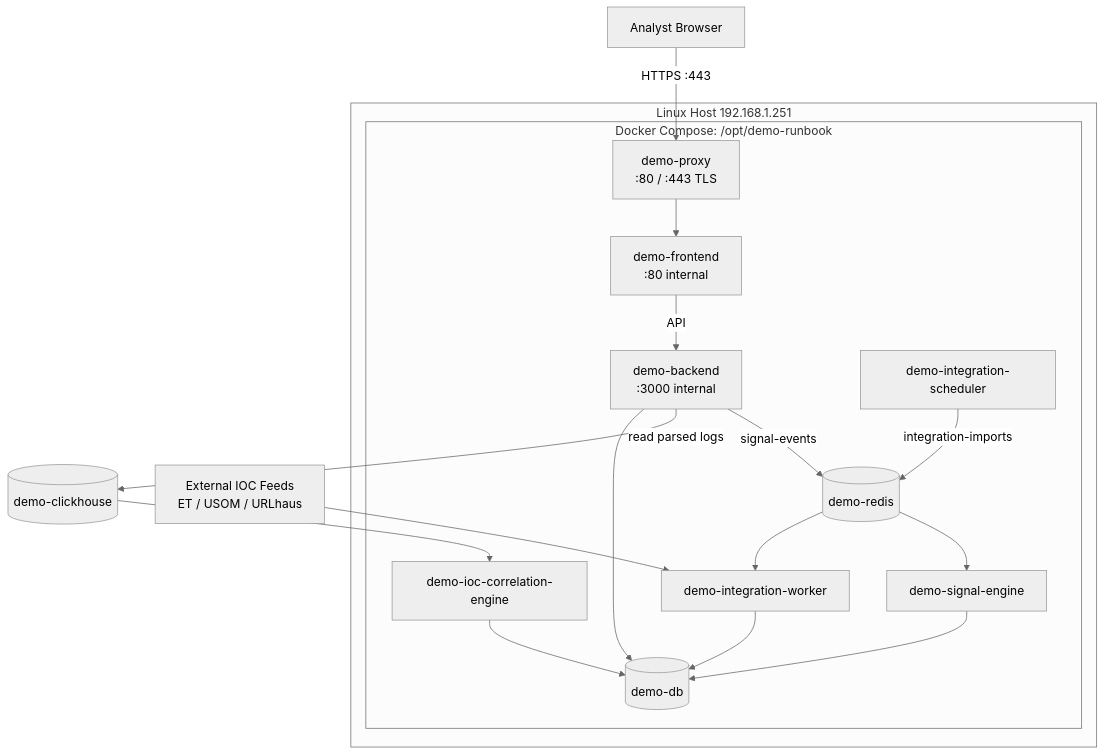
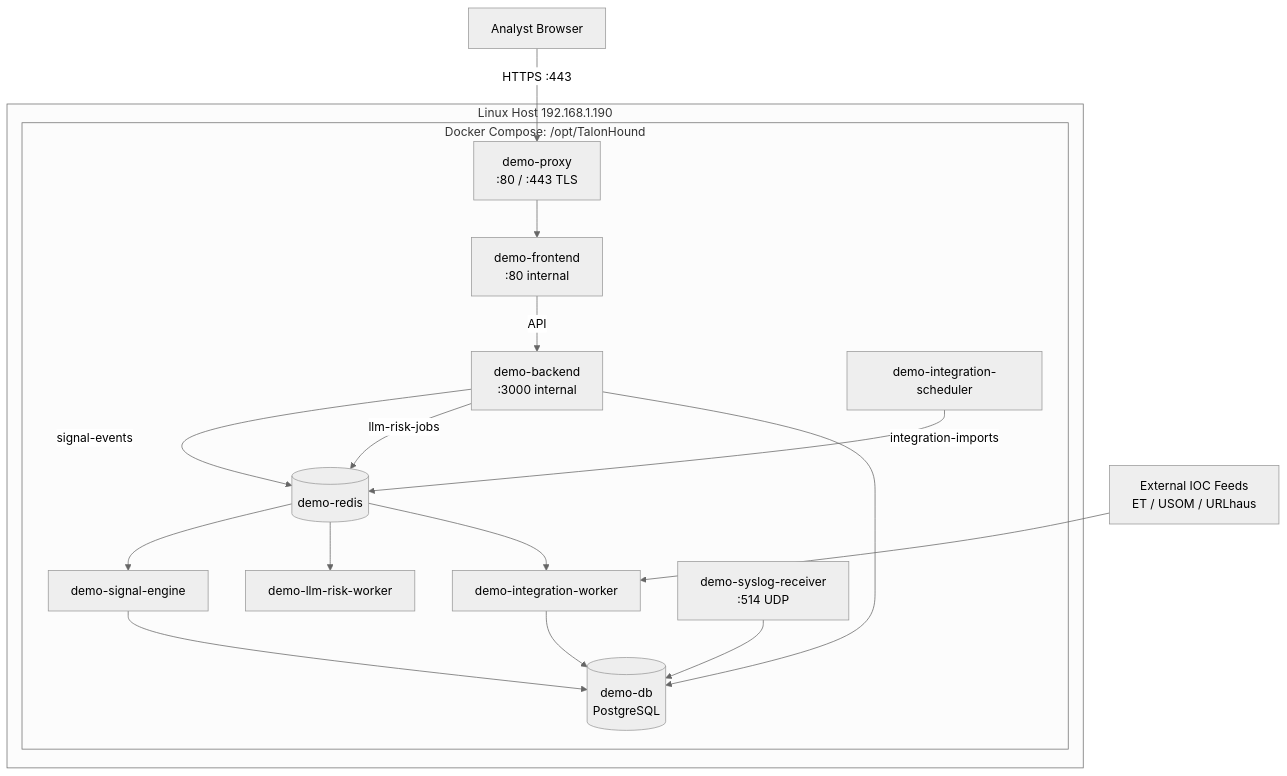
The second of 2 diagrams in docs/system-diagram.md (spatronn/TalonHound), drawn with Mermaid (neutral theme) before and after one commit. The commit also changed other lines of this file and 5 other files, not shown here.

````diff
--- a/docs/system-diagram.md
+++ b/docs/system-diagram.md
@@ -34,36 +32,37 @@
 ```mermaid
 flowchart TB
     IOC[External IOC Feeds\nET / USOM / URLhaus]
 
-    subgraph HOST[Linux Host 192.168.1.251]
-      subgraph COMPOSE[Docker Compose: /opt/demo-runbook]
+    subgraph HOST[Linux Host 192.168.1.190]
+      subgraph COMPOSE[Docker Compose: /opt/TalonHound]
         RP[demo-proxy\n:80 / :443 TLS]
         FE[demo-frontend\n:80 internal]
         BE[demo-backend\n:3000 internal]
         R[(demo-redis)]
-        DB[(demo-db)]
+        DB[(demo-db\nPostgreSQL)]
         SE[demo-signal-engine]
-        ICE[demo-ioc-correlation-engine]
         IS[demo-integration-scheduler]
         IW[demo-integration-worker]
+        LLMW[demo-llm-risk-worker]
+        SR[demo-syslog-receiver\n:514 UDP]
       end
     end
 
     USER[Analyst Browser] -->|HTTPS :443| RP
     RP --> FE
     FE -->|API| BE
 
     BE -->|signal-events| R
+    BE -->|llm-risk-jobs| R
     R --> SE
+    R --> LLMW
     SE --> DB
-    BE -->|read parsed logs| CH[(demo-clickhouse)]
-    CH --> ICE
-    ICE --> DB
 
     IS -->|integration-imports| R
     R --> IW
     IOC --> IW
     IW --> DB
 
+    SR --> DB
     BE --> DB
 ```
````
